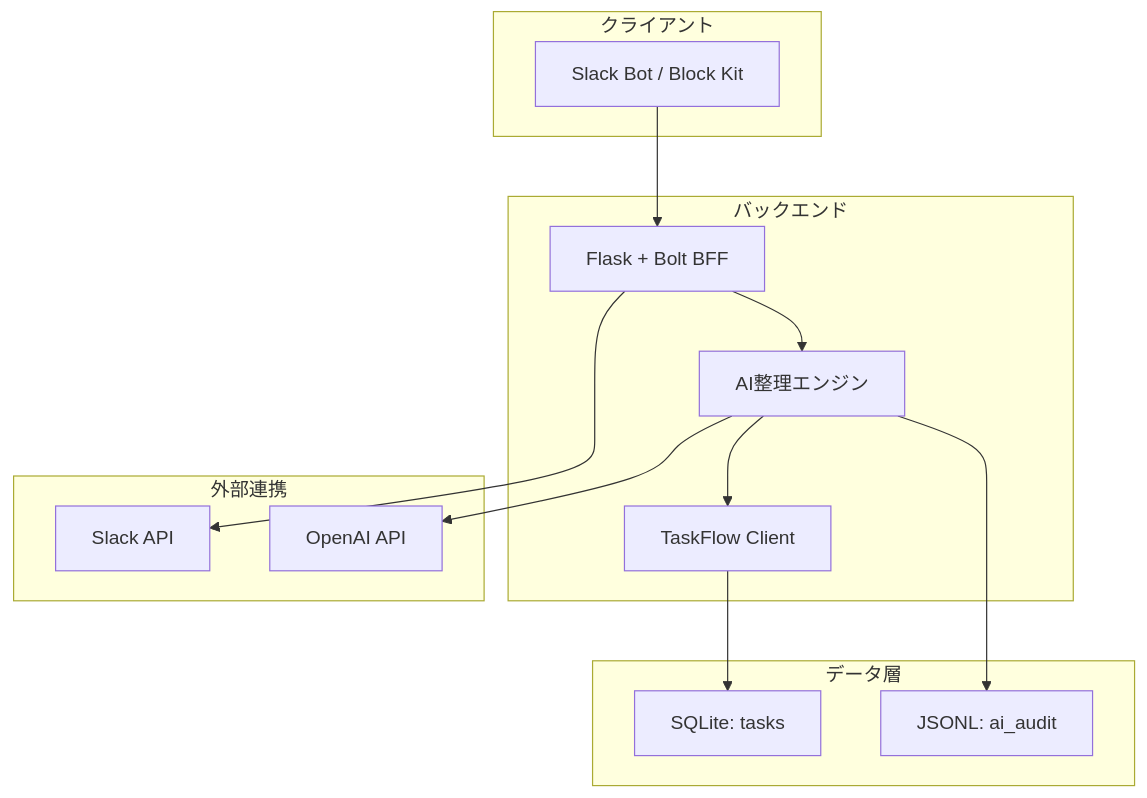
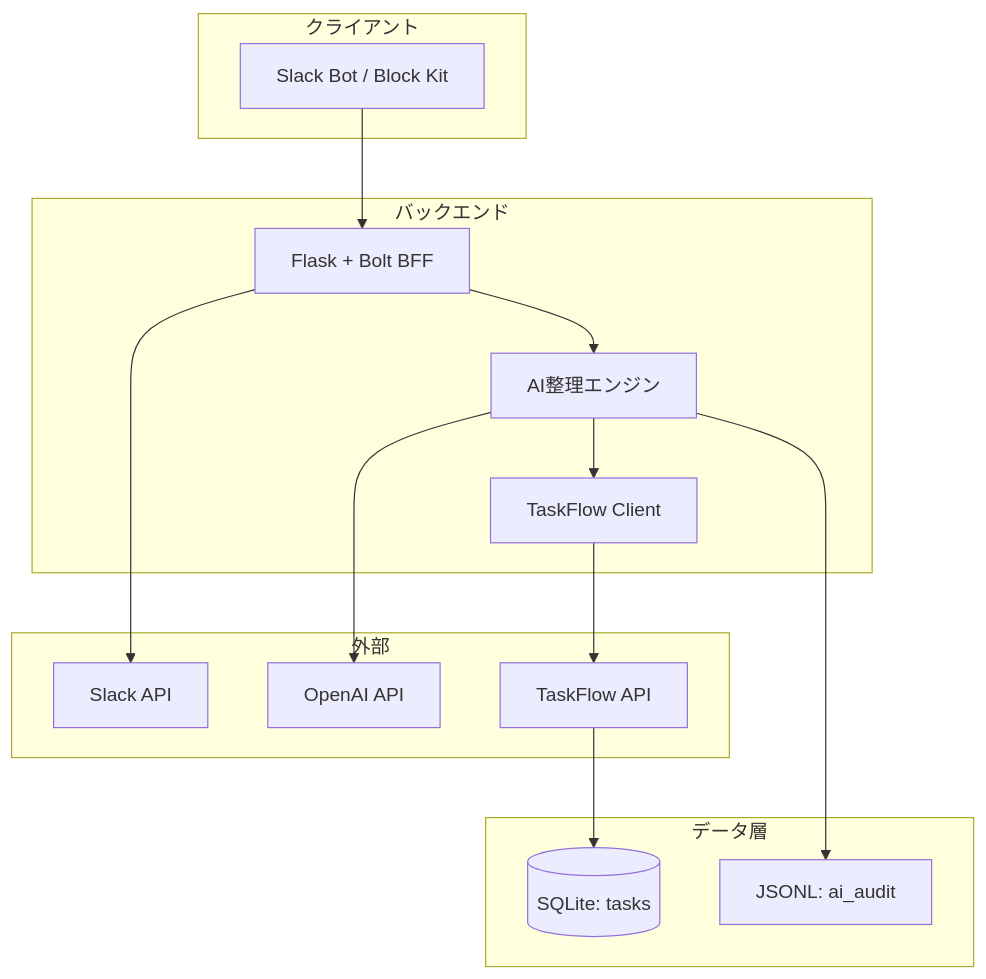
Before and after one commit to n2o0vhukut/taskFlow: the diagram in docs/ARCHITECTURE.md, drawn with Mermaid. The commit also changed other lines of this file and 4 other files, not shown here.

First line of the commit message:
docs(design): 主要APIのシーケンス図を追加（基本/詳細）

````diff
--- a/docs/ARCHITECTURE.md
+++ b/docs/ARCHITECTURE.md
@@ -113,23 +16,24 @@
 ```mermaid
 flowchart TB
   subgraph Client[クライアント]
     UI[Slack Bot / Block Kit]
   end
   subgraph Backend[バックエンド]
     BFF[Flask + Bolt BFF]
     Svc[AI整理エンジン]
-    TF[TaskFlow Client]
+    TFc[TaskFlow Client]
   end
   subgraph Data[データ層]
-    DB[SQLite: tasks]
+    DB[(SQLite: tasks)]
     Audit[JSONL: ai_audit]
   end
-  subgraph External[外部連携]
+  subgraph External[外部]
     Slack[Slack API]
     OpenAI[OpenAI API]
+    TFAPI[TaskFlow API]
   end
-  UI --> BFF --> Svc --> TF --> DB
+  UI --> BFF --> Svc --> TFc --> TFAPI --> DB
   Svc --> Audit
   BFF --> Slack
   Svc --> OpenAI
 ```
````
